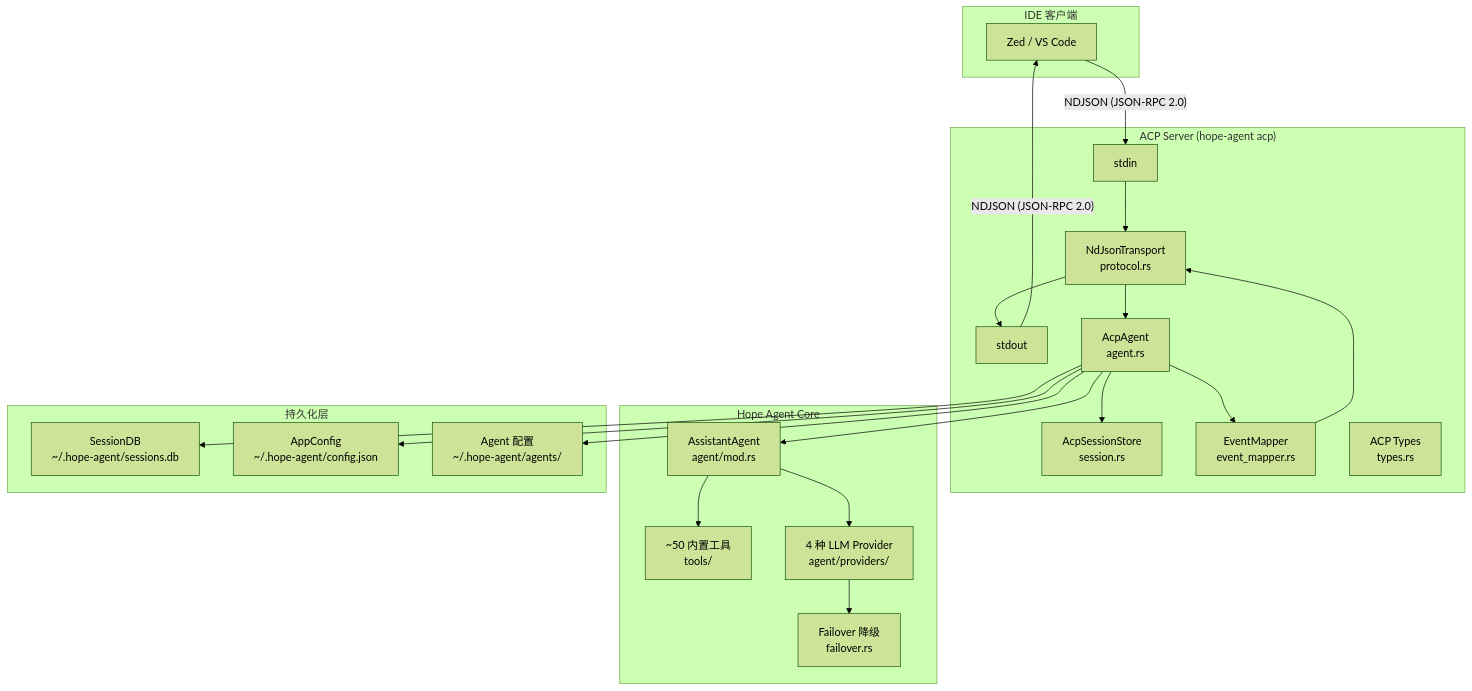
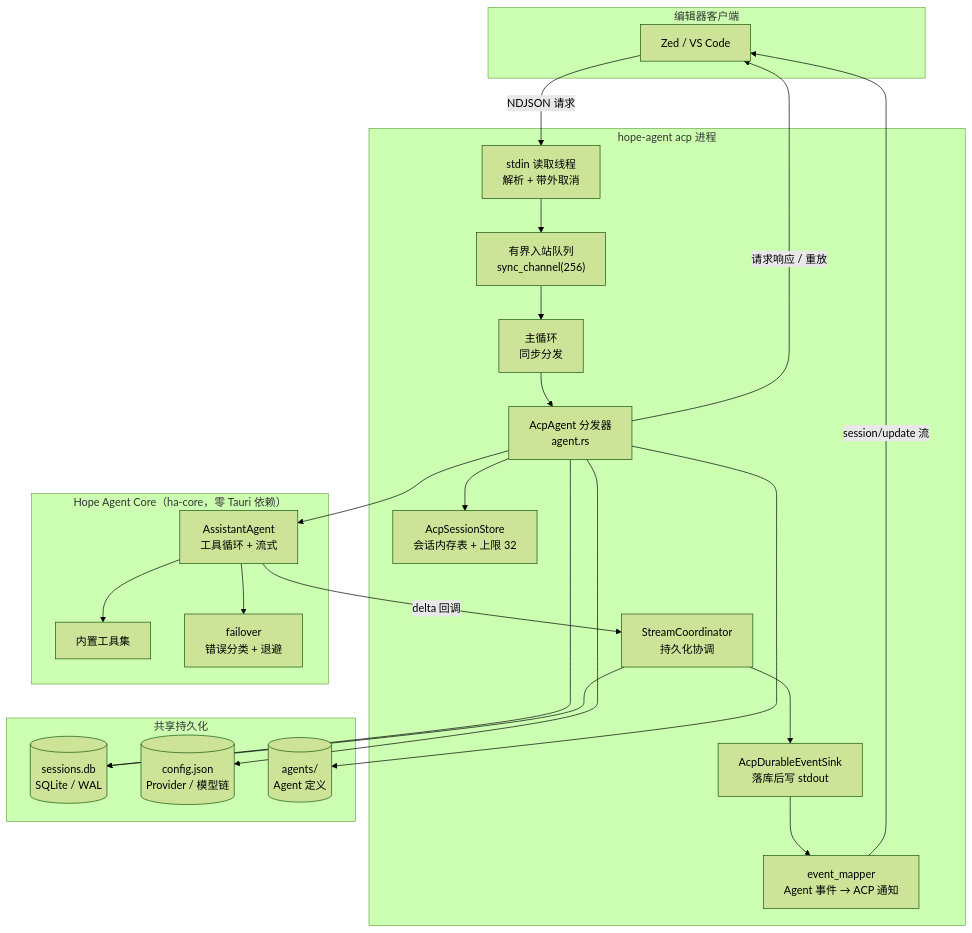
The first of 10 diagrams in docs/architecture/acp.md (shiwenwen/hope-agent), drawn with Mermaid (forest theme) before and after one commit. The commit also changed other lines of this file and 11 other files, not shown here.

````diff
--- a/docs/architecture/acp.md
+++ b/docs/architecture/acp.md
@@ -38,48 +42,46 @@
 ```mermaid
 graph TB
-    subgraph "IDE 客户端"
+    subgraph IDE["编辑器客户端"]
         ZED["Zed / VS Code"]
     end
 
-    subgraph "ACP Server (hope-agent acp)"
-        STDIN["stdin"]
-        STDOUT["stdout"]
-        TRANSPORT["NdJsonTransport<br/>protocol.rs"]
-        AGENT["AcpAgent<br/>agent.rs"]
-        SESSION_STORE["AcpSessionStore<br/>session.rs"]
-        EVENT_MAP["EventMapper<br/>event_mapper.rs"]
-        TYPES["ACP Types<br/>types.rs"]
+    subgraph SERVER["hope-agent acp 进程"]
+        READER["stdin 读取线程<br/>解析 + 带外取消"]
+        QUEUE["有界入站队列<br/>sync_channel(256)"]
+        LOOP["主循环<br/>同步分发"]
+        DISPATCH["AcpAgent 分发器<br/>agent.rs"]
+        STORE["AcpSessionStore<br/>会话内存表 + 上限 32"]
+        DURA["StreamCoordinator<br/>持久化协调"]
+        SINK["AcpDurableEventSink<br/>落库后写 stdout"]
+        MAPPER["event_mapper<br/>Agent 事件 → ACP 通知"]
     end
 
-    subgraph "Hope Agent Core"
-        ASSISTANT["AssistantAgent<br/>agent/mod.rs"]
-        TOOLS["~50 内置工具<br/>tools/"]
-        PROVIDERS["4 种 LLM Provider<br/>agent/providers/"]
-        FAILOVER["Failover 降级<br/>failover.rs"]
+    subgraph CORE["Hope Agent Core（ha-core，零 Tauri 依赖）"]
+        ASSISTANT["AssistantAgent<br/>工具循环 + 流式"]
+        TOOLS["内置工具集"]
+        FAILOVER["failover<br/>错误分类 + 退避"]
     end
 
-    subgraph "持久化层"
-        SESSION_DB["SessionDB<br/>~/.hope-agent/sessions.db"]
-        CONFIG["AppConfig<br/>~/.hope-agent/config.json"]
-        AGENTS_DIR["Agent 配置<br/>~/.hope-agent/agents/"]
+    subgraph STORAGE["共享持久化"]
+        DB[("sessions.db<br/>SQLite / WAL")]
+        CONFIG[("config.json<br/>Provider / 模型链")]
+        AGENTS[("agents/<br/>Agent 定义")]
     end
 
-    ZED -- "NDJSON (JSON-RPC 2.0)" --> STDIN
-    STDIN --> TRANSPORT
-    TRANSPORT --> AGENT
-    AGENT --> SESSION_STORE
-    AGENT --> EVENT_MAP
-    EVENT_MAP --> TRANSPORT
-    TRANSPORT --> STDOUT
-    STDOUT -- "NDJSON (JSON-RPC 2.0)" --> ZED
+    ZED -- "NDJSON 请求" --> READER
+    READER --> QUEUE --> LOOP --> DISPATCH
+    DISPATCH --> STORE
+    DISPATCH --> ASSISTANT
+    ASSISTANT --> TOOLS
+    ASSISTANT --> FAILOVER
+    ASSISTANT -- "delta 回调" --> DURA
+    DURA --> SINK
+    SINK --> MAPPER
+    MAPPER -- "session/update 流" --> ZED
+    DISPATCH -- "请求响应 / 重放" --> ZED
 
-    AGENT --> ASSISTANT
-    ASSISTANT --> TOOLS
-    ASSISTANT --> PROVIDERS
-    PROVIDERS --> FAILOVER
-
-    AGENT --> SESSION_DB
-    AGENT --> CONFIG
-    AGENT --> AGENTS_DIR
-
+    DISPATCH --> DB
+    DURA --> DB
+    DISPATCH --> CONFIG
+    DISPATCH --> AGENTS
 ```
````
